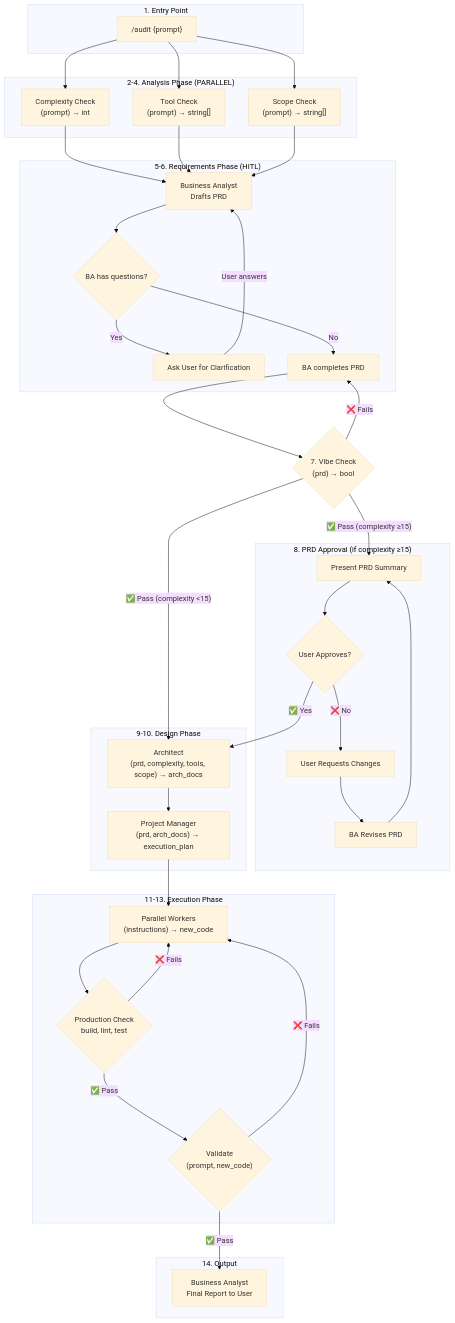
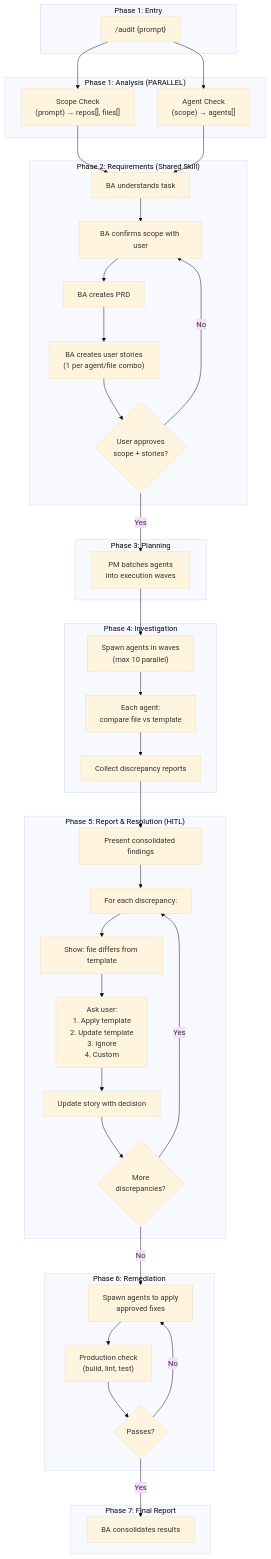
Before and after one commit to metasaver/metasaver-marketplace: the first of 8 diagrams in docs/audit-command-target-state.md, drawn with Mermaid (base theme). The commit also changed other lines of this file and 66 other files, not shown here.

First line of the commit message:
Refactor `/ms` command target state and introduce no-barrel architecture

````diff
--- a/docs/audit-command-target-state.md
+++ b/docs/audit-command-target-state.md
@@ -14,66 +19,72 @@
 ```mermaid
 flowchart TB
-    subgraph Entry["1. Entry Point"]
+    subgraph Entry["Phase 1: Entry"]
         A["/audit {prompt}"]
     end
 
-    subgraph Analysis["2-4. Analysis Phase (PARALLEL)"]
-        B["Complexity Check<br/>(prompt) → int"]
-        C["Tool Check<br/>(prompt) → string[]"]
-        D["Scope Check<br/>(prompt) → string[]"]
+    subgraph Analysis["Phase 1: Analysis (PARALLEL)"]
+        SC["Scope Check<br/>(prompt) → repos[], files[]"]
+        AC["Agent Check<br/>(scope) → agents[]"]
     end
 
-    subgraph Requirements["5-6. Requirements Phase (HITL)"]
-        E["Business Analyst<br/>Drafts PRD"]
-        E2{"BA has questions?"}
-        G["Ask User for Clarification"]
-        E3["BA completes PRD"]
+    subgraph Requirements["Phase 2: Requirements (Shared Skill)"]
+        BA1["BA understands task"]
+        BA2["BA confirms scope with user"]
+        BA3["BA creates PRD"]
+        BA4["BA creates user stories<br/>(1 per agent/file combo)"]
+        HV{"User approves<br/>scope + stories?"}
     end
 
-    VC{"7. Vibe Check<br/>(prd) → bool"}
-
-    subgraph HumanVal["8. PRD Approval (if complexity ≥15)"]
-        H0["Present PRD Summary"]
-        H1{"User Approves?"}
-        H2["User Requests Changes"]
-        H3["BA Revises PRD"]
+    subgraph Planning["Phase 3: Planning"]
+        PM["PM batches agents<br/>into execution waves"]
     end
 
-    subgraph Design["9-10. Design Phase"]
-        H["Architect<br/>(prd, complexity, tools, scope) → arch_docs"]
-        I["Project Manager<br/>(prd, arch_docs) → execution_plan"]
+    subgraph Investigation["Phase 4: Investigation"]
+        INV1["Spawn agents in waves<br/>(max 10 parallel)"]
+        INV2["Each agent:<br/>compare file vs template"]
+        INV3["Collect discrepancy reports"]
     end
 
-    subgraph Execution["11-13. Execution Phase"]
-        J["Parallel Workers<br/>(instructions) → new_code"]
-        K{"Production Check<br/>build, lint, test"}
-        L{"Validate<br/>(prompt, new_code)"}
+    subgraph Resolution["Phase 5: Report & Resolution (HITL)"]
+        RPT["Present consolidated findings"]
+        LOOP["For each discrepancy:"]
+        SHOW["Show: file differs from template"]
+        ASK["Ask user:<br/>1. Apply template<br/>2. Update template<br/>3. Ignore<br/>4. Custom"]
+        UPD["Update story with decision"]
+        MORE{"More<br/>discrepancies?"}
     end
 
-    subgraph Output["14. Output"]
-        M["Business Analyst<br/>Final Report to User"]
+    subgraph Remediation["Phase 6: Remediation"]
+        REM1["Spawn agents to apply<br/>approved fixes"]
+        REM2["Production check<br/>(build, lint, test)"]
+        REM3{"Passes?"}
     end
 
-    A --> B & C & D
-    B & C & D --> E
-    E --> E2
-    E2 -->|"Yes"| G
-    G -->|"User answers"| E
-    E2 -->|"No"| E3
-    E3 --> VC
-    VC -->|"❌ Fails"| E3
-    VC -->|"✅ Pass (complexity ≥15)"| H0
-    VC -->|"✅ Pass (complexity <15)"| H
-    H0 --> H1
-    H1 -->|"❌ No"| H2
-    H2 --> H3
-    H3 --> H0
-    H1 -->|"✅ Yes"| H
-    H --> I
-    I --> J
-    J --> K
-    K -->|"❌ Fails"| J
-    K -->|"✅ Pass"| L
-    L -->|"❌ Fails"| J
-    L -->|"✅ Pass"| M
+    subgraph Report["Phase 7: Final Report"]
+        FINAL["BA consolidates results"]
+    end
+
+    A --> SC & AC
+    SC & AC --> BA1
+    BA1 --> BA2
+    BA2 --> BA3
+    BA3 --> BA4
+    BA4 --> HV
+    HV -->|"No"| BA2
+    HV -->|"Yes"| PM
+    PM --> INV1
+    INV1 --> INV2
+    INV2 --> INV3
+    INV3 --> RPT
+    RPT --> LOOP
+    LOOP --> SHOW
+    SHOW --> ASK
+    ASK --> UPD
+    UPD --> MORE
+    MORE -->|"Yes"| LOOP
+    MORE -->|"No"| REM1
+    REM1 --> REM2
+    REM2 --> REM3
+    REM3 -->|"No"| REM1
+    REM3 -->|"Yes"| FINAL
 ```
````
